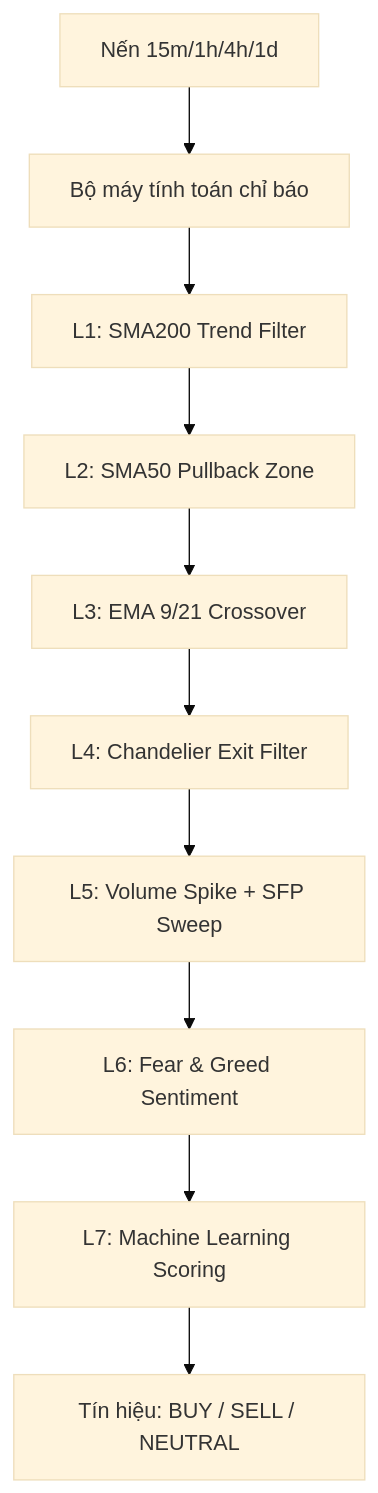
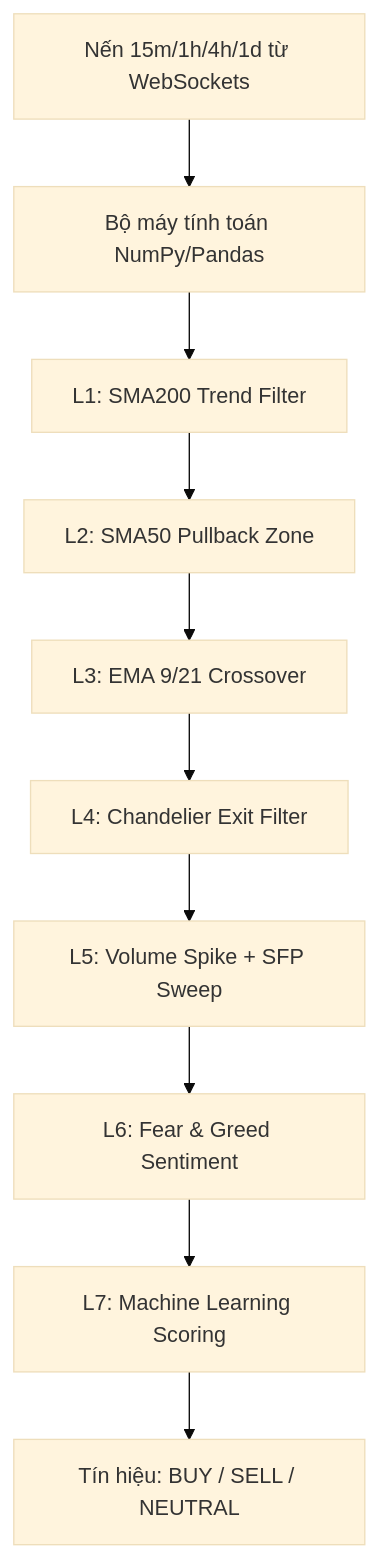
Before and after one commit to jarm237/besttime-crypto: the diagram in system_evaluation_report.md, drawn with Mermaid (base theme). The commit also changed other lines of this file and 7 other files, not shown here.

````diff
--- a/system_evaluation_report.md
+++ b/system_evaluation_report.md
@@ -26,12 +26,12 @@
 ```mermaid
 graph TD
-    Candles[Nến 15m/1h/4h/1d] --> Indicators[Bộ máy tính toán chỉ báo]
+    Candles[Nến 15m/1h/4h/1d từ WebSockets] --> Indicators[Bộ máy tính toán NumPy/Pandas]
     Indicators --> L1[L1: SMA200 Trend Filter]
     L1 --> L2[L2: SMA50 Pullback Zone]
     L2 --> L3[L3: EMA 9/21 Crossover]
     L3 --> L4[L4: Chandelier Exit Filter]
     L4 --> L5[L5: Volume Spike + SFP Sweep]
     L5 --> L6[L6: Fear & Greed Sentiment]
     L6 --> L7[L7: Machine Learning Scoring]
     L7 --> Output[Tín hiệu: BUY / SELL / NEUTRAL]
 ```
````
